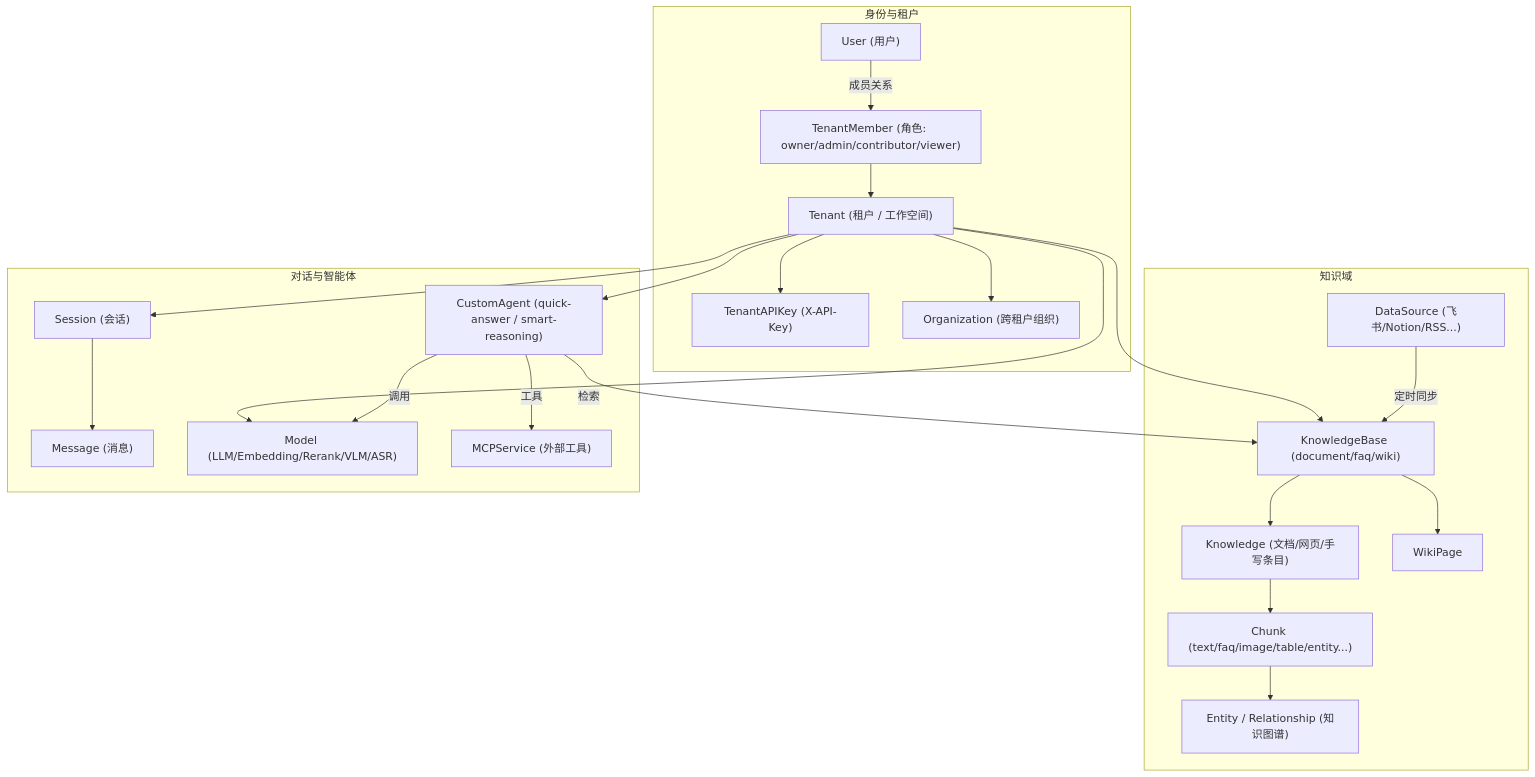
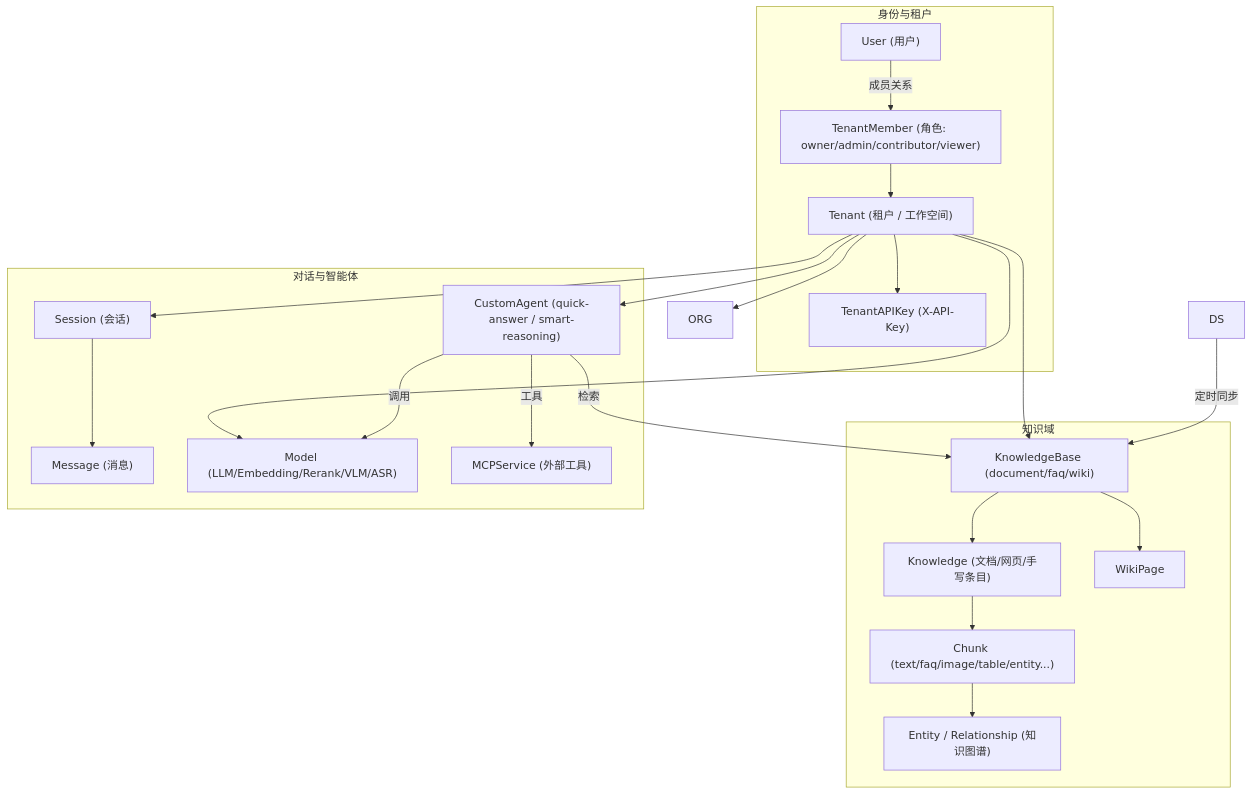
One commit to qinlei131479/WeKnora changed the first of 2 diagrams in apps/docs/01-getting-started/01-introduction.md. Above: the diagram before and after it, drawn with Mermaid. The commit also changed other lines of this file and 23 other files, not shown here.

````diff
--- a/apps/docs/01-getting-started/01-introduction.md
+++ b/apps/docs/01-getting-started/01-introduction.md
@@ -66,39 +66,39 @@
 ```mermaid
 flowchart TB
     subgraph identity["身份与租户"]
         U["User (用户)"]
         T["Tenant (租户 / 工作空间)"]
         TM["TenantMember (角色: owner/admin/contributor/viewer)"]
         AK["TenantAPIKey (X-API-Key)"]
-        ORG["Organization (跨租户组织)"]
+        %% ORG["Organization (跨租户组织)"]
     end
     subgraph knowledge["知识域"]
         KB["KnowledgeBase (document/faq/wiki)"]
         K["Knowledge (文档/网页/手写条目)"]
         C["Chunk (text/faq/image/table/entity...)"]
         W["WikiPage"]
         G["Entity / Relationship (知识图谱)"]
-        DS["DataSource (飞书/Notion/RSS...)"]
+        %% DS["DataSource (飞书/Notion/RSS...)"]
     end
     subgraph chat["对话与智能体"]
         S["Session (会话)"]
         MSG["Message (消息)"]
         AG["CustomAgent (quick-answer / smart-reasoning)"]
         M["Model (LLM/Embedding/Rerank/VLM/ASR)"]
         MCP["MCPService (外部工具)"]
     end
     U -- "成员关系" --> TM --> T
     T --> AK
     T --> ORG
     T --> KB
     T --> M
     T --> AG
     KB --> K --> C
     KB --> W
     C --> G
     DS -- "定时同步" --> KB
     T --> S --> MSG
     AG -- "检索" --> KB
     AG -- "调用" --> M
     AG -- "工具" --> MCP
 ```
````
